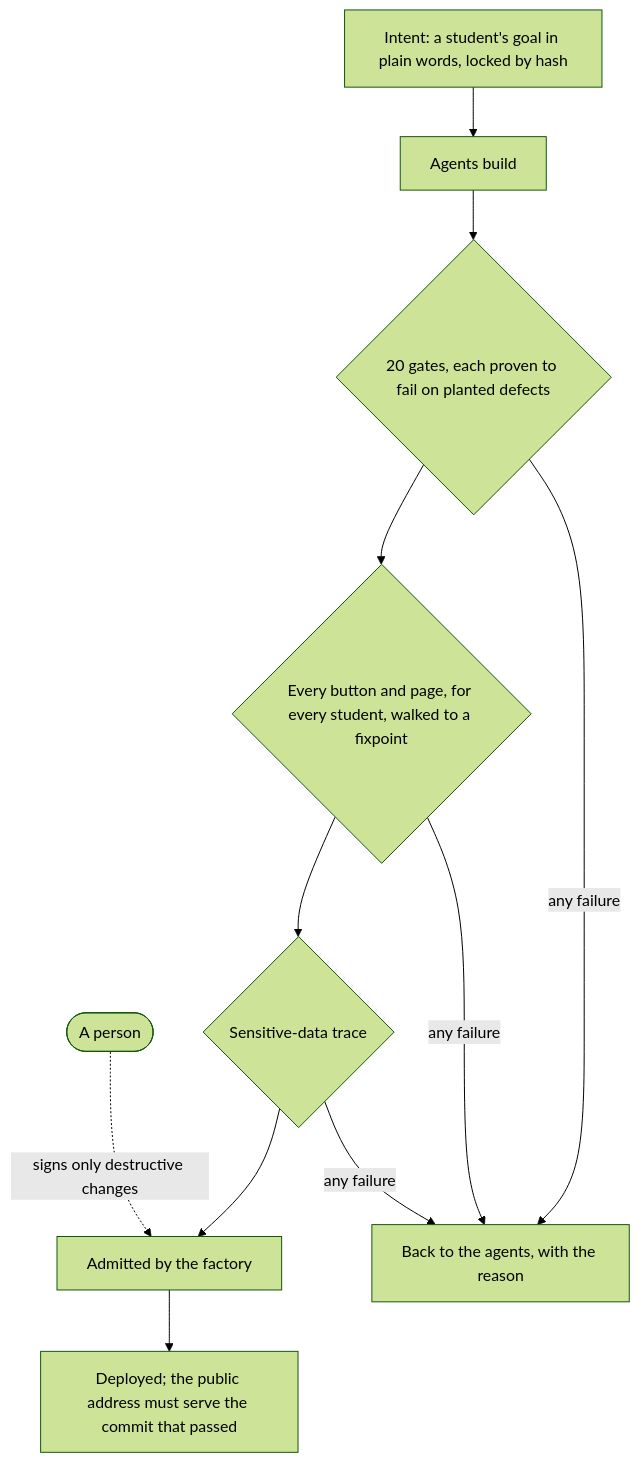
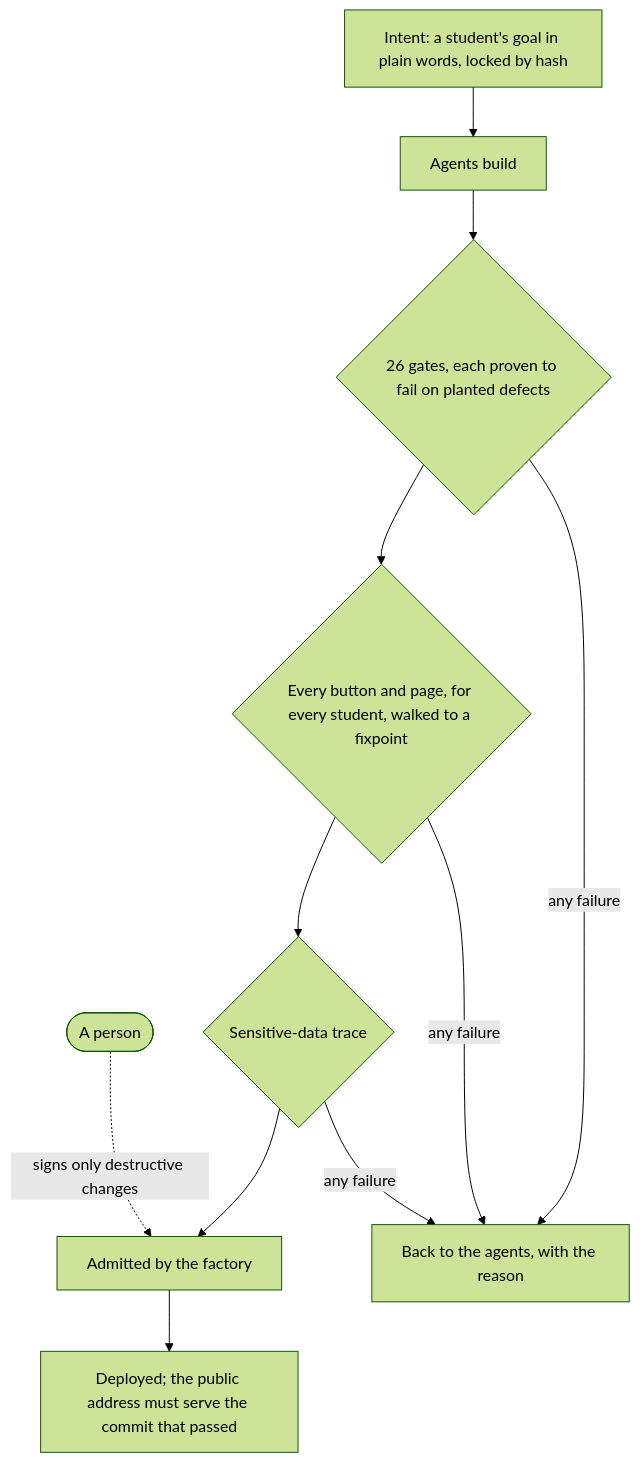
The third of 4 diagrams in writeups/the-case.md (russlittle/ZTHR), drawn with Mermaid (forest theme) before and after one commit. The commit also changed other lines of this file and 41 other files, not shown here.

````diff
--- a/writeups/the-case.md
+++ b/writeups/the-case.md
@@ -86,11 +86,11 @@
 ```mermaid
 flowchart TB
   intent[Intent: a student's goal in plain words, locked by hash] --> build[Agents build]
-  build --> gates{20 gates, each proven to fail on planted defects}
+  build --> gates{26 gates, each proven to fail on planted defects}
   gates --> walks{Every button and page, for every student, walked to a fixpoint}
   walks --> trace{Sensitive-data trace}
   trace --> admit[Admitted by the factory]
   admit --> serve[Deployed; the public address must serve the commit that passed]
   gates & walks & trace -- any failure --> back[Back to the agents, with the reason]
   person([A person]) -. signs only destructive changes .-> admit
 ```
````
